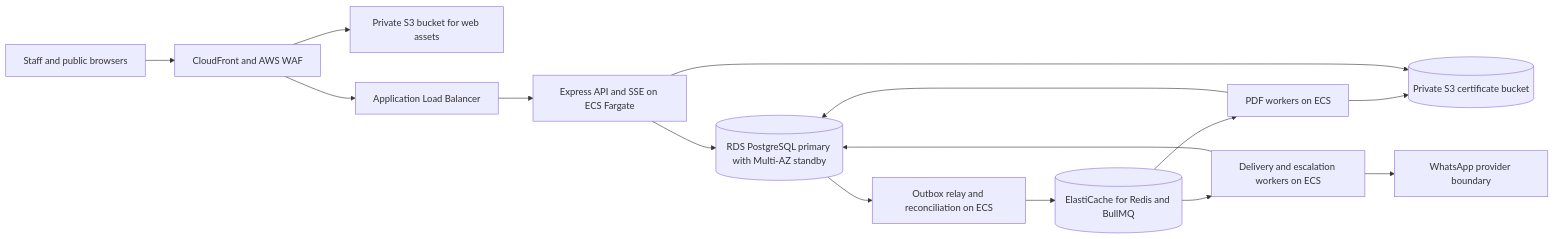
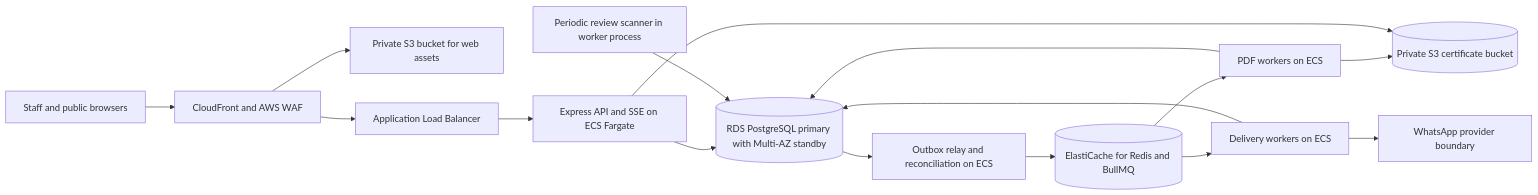
One commit to thisisjeevan/CertiFlow changed the diagram in DEPLOYMENT.md. Above: the diagram before and after it, drawn with Mermaid. The commit also changed other lines of this file and 21 other files, not shown here.

````diff
--- a/DEPLOYMENT.md
+++ b/DEPLOYMENT.md
@@ -13,17 +13,18 @@
 ```mermaid
 flowchart LR
     Browser[Staff and public browsers] --> Edge[CloudFront and AWS WAF]
     Edge --> Static[Private S3 bucket for web assets]
     Edge --> LB[Application Load Balancer]
     LB --> API[Express API and SSE on ECS Fargate]
     API --> DB[(RDS PostgreSQL primary with Multi-AZ standby)]
     DB --> Relay[Outbox relay and reconciliation on ECS]
     Relay --> Redis[(ElastiCache for Redis and BullMQ)]
     Redis --> PDF[PDF workers on ECS]
-    Redis --> Notify[Delivery and escalation workers on ECS]
+    Redis --> Notify[Delivery workers on ECS]
+    Scanner[Periodic review scanner in worker process] --> DB
     PDF --> Files[(Private S3 certificate bucket)]
     PDF --> DB
     Notify --> DB
     Notify --> Provider[WhatsApp provider boundary]
     API --> Files
 ```
````
